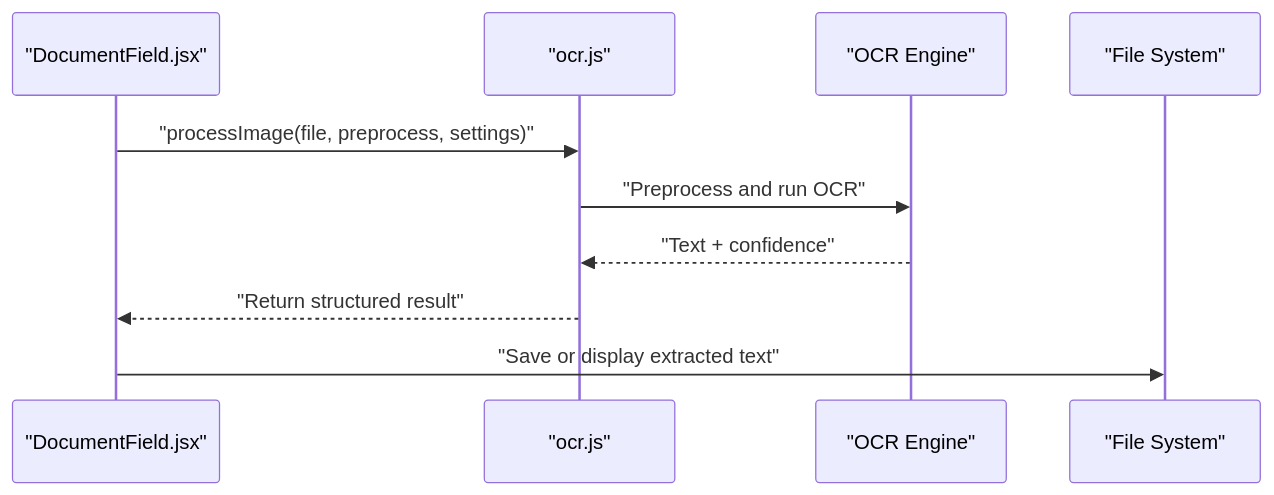
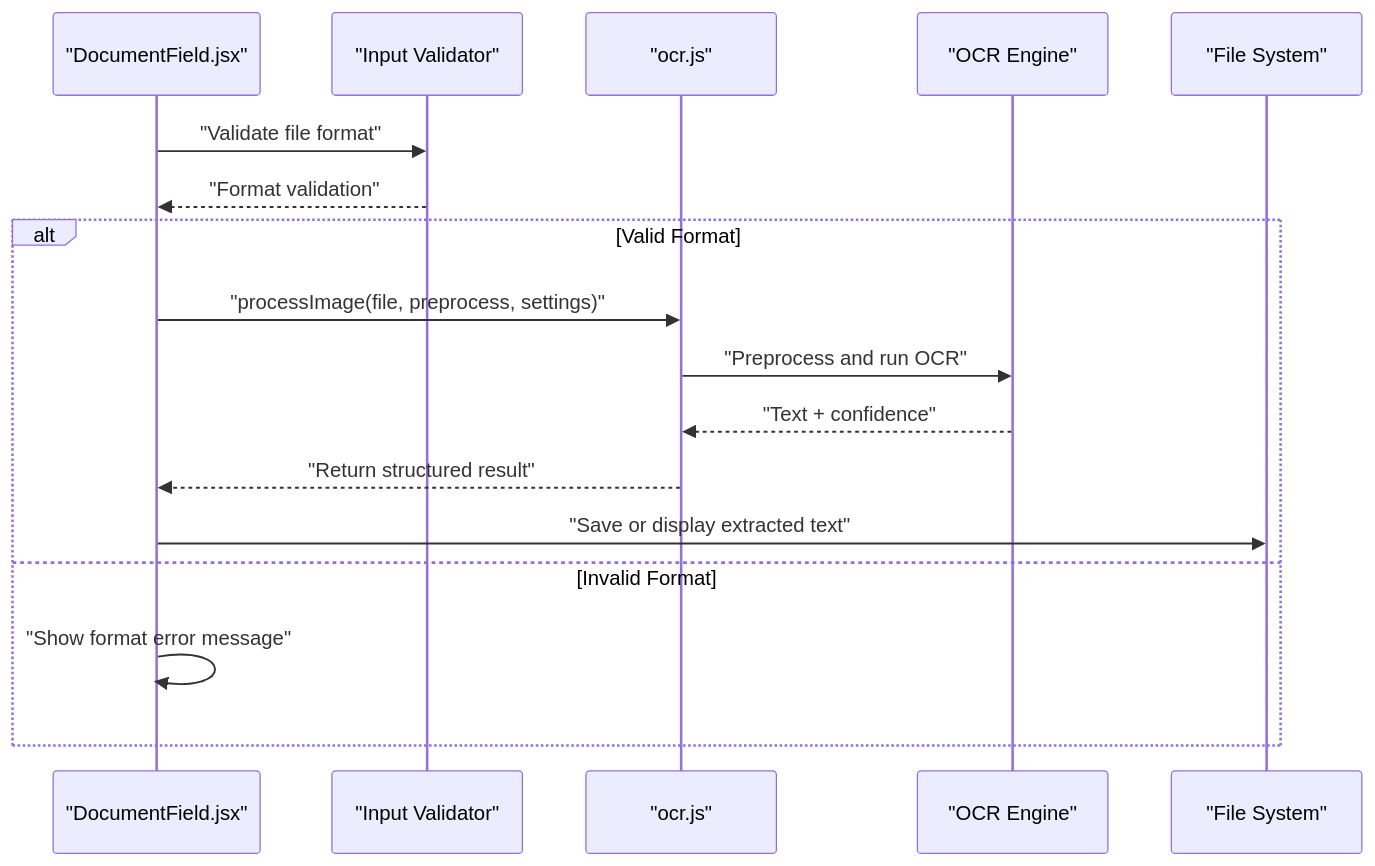
The fourth of 6 diagrams in .qoder/repowiki/en/content/Utility Libraries/Document Processing.md (zmyeo54/briefroom), drawn with Mermaid before and after one commit. The commit also changed other lines of this file and 32 other files, not shown here.

````diff
--- a/.qoder/repowiki/en/content/Utility Libraries/Document Processing.md
+++ b/.qoder/repowiki/en/content/Utility Libraries/Document Processing.md
@@ -196,12 +235,19 @@
 ```mermaid
 sequenceDiagram
 participant UI as "DocumentField.jsx"
+participant Validator as "Input Validator"
 participant OCR as "ocr.js"
 participant Engine as "OCR Engine"
 participant FS as "File System"
+UI->>Validator : "Validate file format"
+Validator-->>UI : "Format validation"
+alt Valid Format
 UI->>OCR : "processImage(file, preprocess, settings)"
 OCR->>Engine : "Preprocess and run OCR"
 Engine-->>OCR : "Text + confidence"
 OCR-->>UI : "Return structured result"
 UI->>FS : "Save or display extracted text"
+else Invalid Format
+UI->>UI : "Show format error message"
+end
 ```
````
